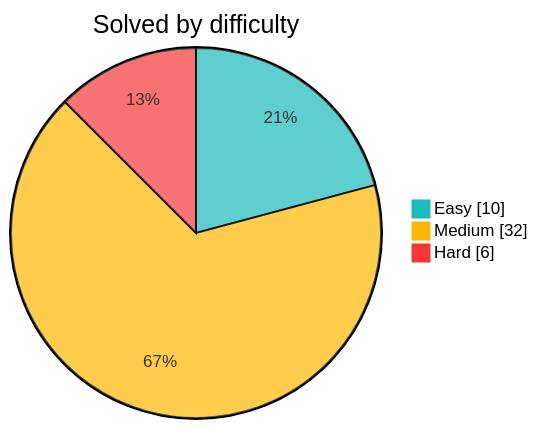
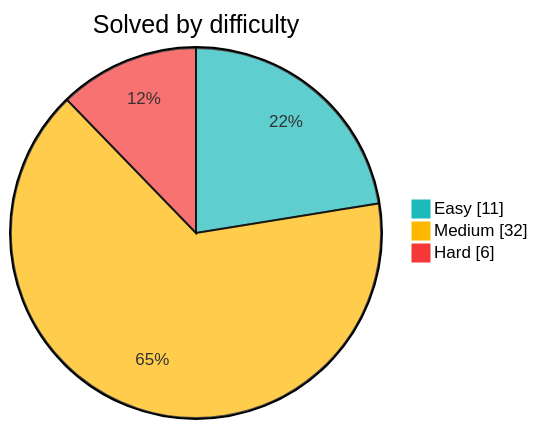
One commit to Sekler09/algorithms changed the diagram in README.md. Above: the diagram before and after it, drawn with Mermaid. The commit also changed other lines of this file and 3 other files, not shown here.

````diff
--- a/README.md
+++ b/README.md
@@ -9,8 +9,8 @@
 ```mermaid
 %%{init: {"themeVariables": {"pie1": "#1cbaba", "pie2": "#ffb700", "pie3": "#f63737"}}}%%
 pie showData
     title Solved by difficulty
-    "Easy" : 10
+    "Easy" : 11
     "Medium" : 32
     "Hard" : 6
 ```
````
